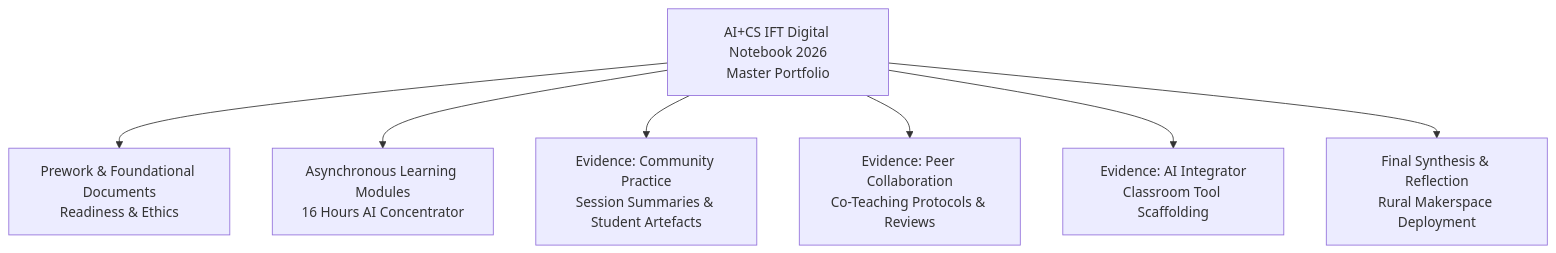
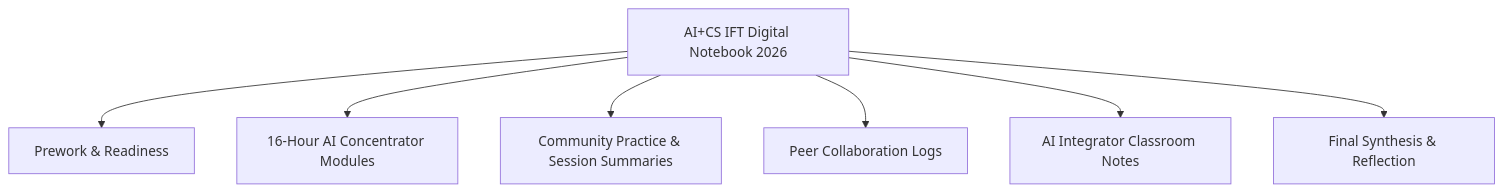
Before and after one commit to dhamodharankkp-oss/dhamodharan-kkp: the diagram in projects/tinkering/creative-coding/codeai-ift.md, drawn with Mermaid. The commit also changed other lines of this file and 10 other files, not shown here.

````diff
--- a/projects/tinkering/creative-coding/codeai-ift.md
+++ b/projects/tinkering/creative-coding/codeai-ift.md
@@ -42,9 +39,9 @@
 ```mermaid
 flowchart TD
-    A["AI+CS IFT Digital Notebook 2026<br>Master Portfolio"] --> B1["Prework & Foundational Documents<br>Readiness & Ethics"]
-    A --> B2["Asynchronous Learning Modules<br>16 Hours AI Concentrator"]
-    A --> B3["Evidence: Community Practice<br>Session Summaries & Student Artefacts"]
-    A --> B4["Evidence: Peer Collaboration<br>Co-Teaching Protocols & Reviews"]
-    A --> B5["Evidence: AI Integrator<br>Classroom Tool Scaffolding"]
-    A --> B6["Final Synthesis & Reflection<br>Rural Makerspace Deployment"]
+    A["AI+CS IFT Digital Notebook 2026"] --> B1["Prework & Readiness"]
+    A --> B2["16-Hour AI Concentrator Modules"]
+    A --> B3["Community Practice & Session Summaries"]
+    A --> B4["Peer Collaboration Logs"]
+    A --> B5["AI Integrator Classroom Notes"]
+    A --> B6["Final Synthesis & Reflection"]
 ```
````
